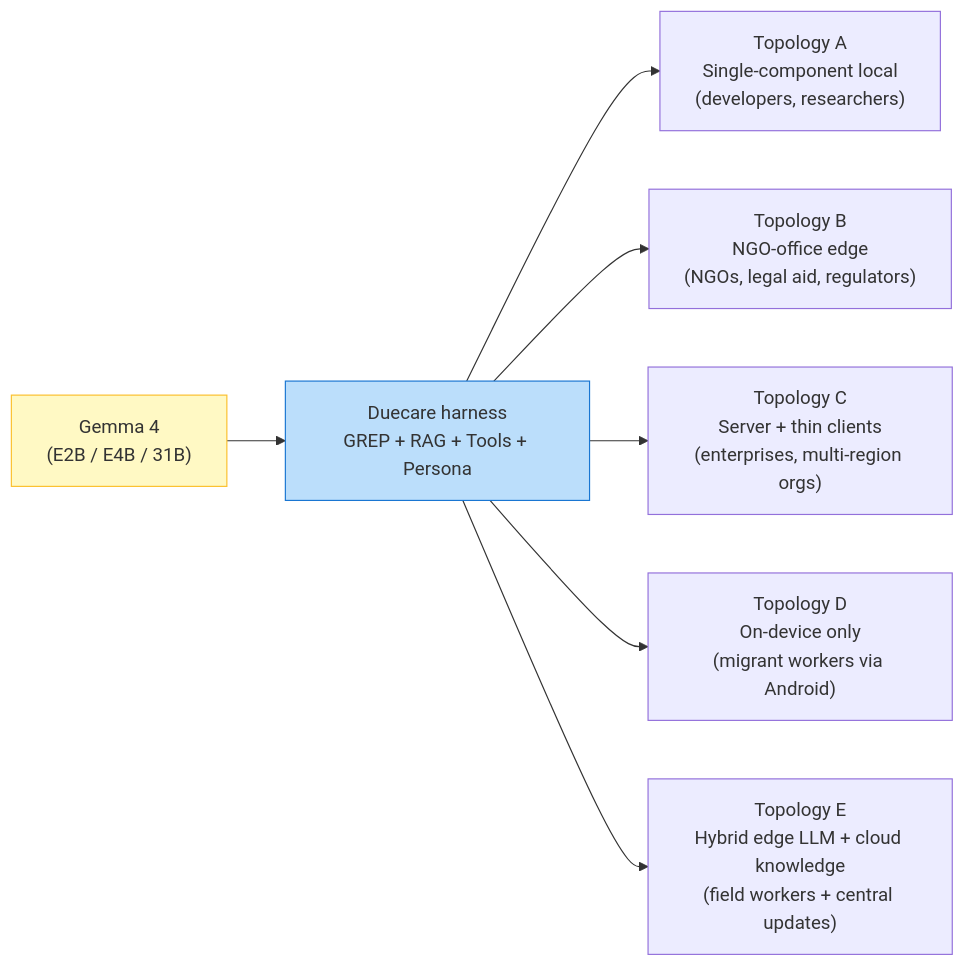
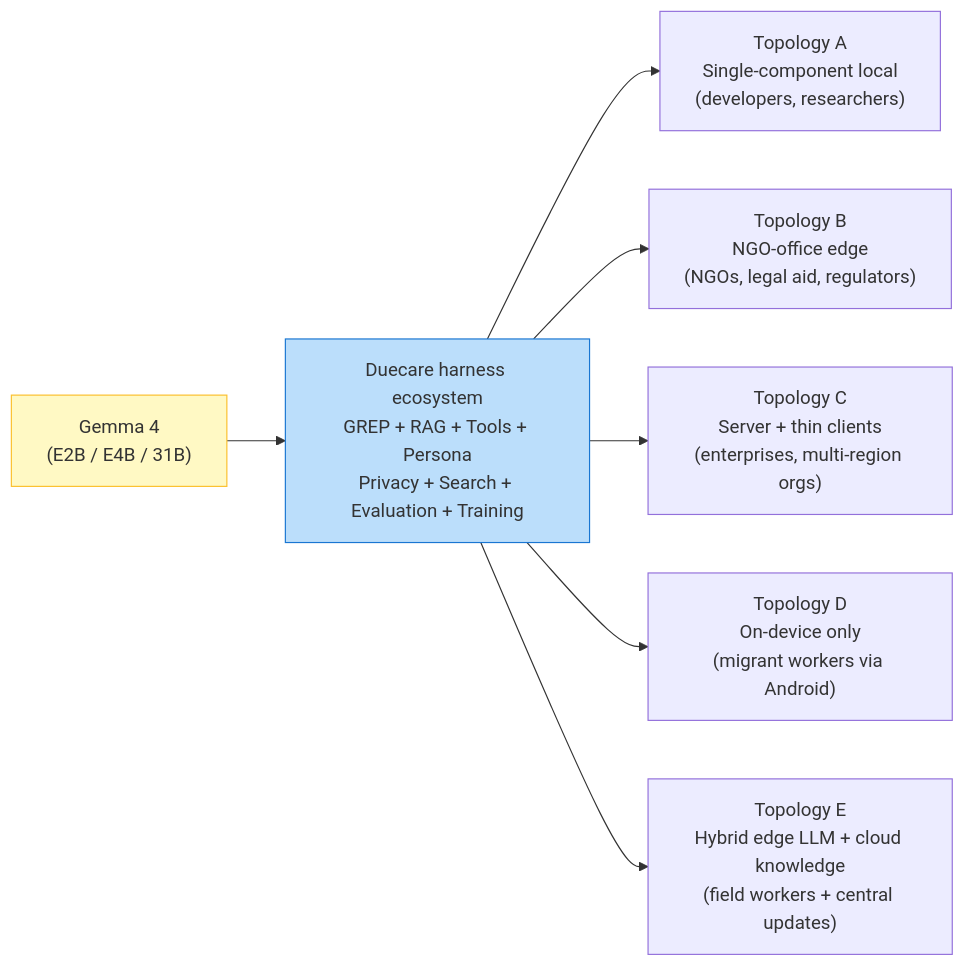
One commit to TaylorAmarelTech/gemma4_comp changed the second of 4 diagrams in docs/ecosystem_overview.md. Above: the diagram before and after it, drawn with Mermaid. The commit also changed other lines of this file and 15 other files, not shown here.

Commit message:
Document DueCare harness ecosystem

````diff
--- a/docs/ecosystem_overview.md
+++ b/docs/ecosystem_overview.md
@@ -73,15 +73,15 @@
 ```mermaid
 graph LR
     GEMMA["Gemma 4<br/>(E2B / E4B / 31B)"]
-    HARNESS["Duecare harness<br/>GREP + RAG + Tools + Persona"]
+    HARNESS["Duecare harness ecosystem<br/>GREP + RAG + Tools + Persona<br/>Privacy + Search + Evaluation + Training"]
     GEMMA --> HARNESS
 
     HARNESS --> A["Topology A<br/>Single-component local<br/>(developers, researchers)"]
     HARNESS --> B["Topology B<br/>NGO-office edge<br/>(NGOs, legal aid, regulators)"]
     HARNESS --> C["Topology C<br/>Server + thin clients<br/>(enterprises, multi-region orgs)"]
     HARNESS --> D["Topology D<br/>On-device only<br/>(migrant workers via Android)"]
     HARNESS --> E["Topology E<br/>Hybrid edge LLM + cloud knowledge<br/>(field workers + central updates)"]
 
     style GEMMA fill:#fff9c4,stroke:#fbc02d
     style HARNESS fill:#bbdefb,stroke:#1976d2
 ```
````
